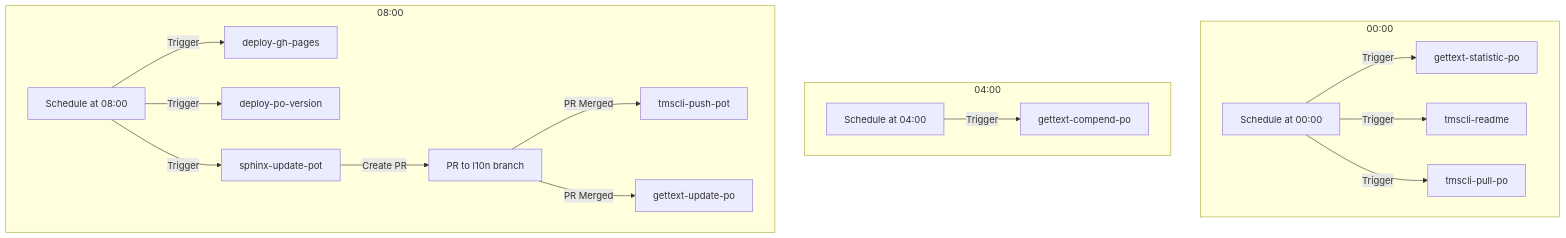
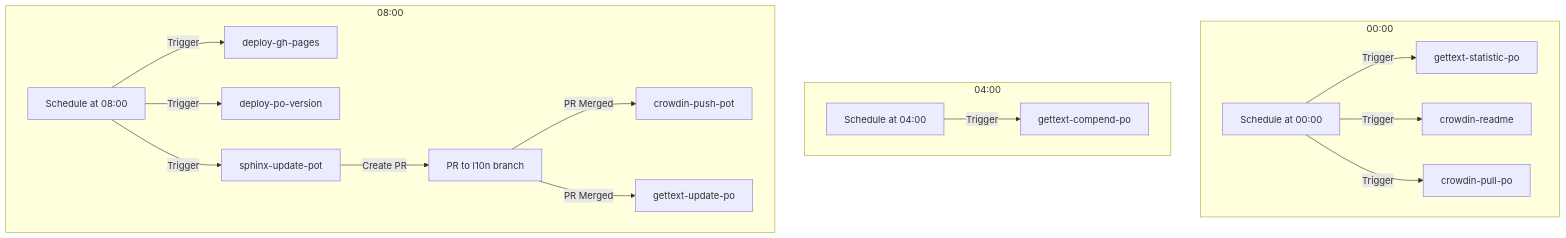
Before and after one commit to hwhsu1231/cmake-docs-l10n-v7: the second of 3 diagrams in MERMAID.md, drawn with Mermaid. The commit also changed other lines of this file and 8 other files, not shown here.

````diff
--- a/MERMAID.md
+++ b/MERMAID.md
@@ -24,22 +24,22 @@
 ```mermaid
 graph TD
     subgraph 00:00
         A[Schedule at 00:00] -->|Trigger| B[gettext-statistic-po]
-        A -->|Trigger| C[tmscli-readme]
-        A -->|Trigger| D[tmscli-pull-po]
+        A -->|Trigger| C[crowdin-readme]
+        A -->|Trigger| D[crowdin-pull-po]
     end
 
     subgraph 04:00
         E[Schedule at 04:00] -->|Trigger| F[gettext-compend-po]
     end
 
     subgraph 08:00
         G[Schedule at 08:00] -->|Trigger| H[deploy-gh-pages]
         G -->|Trigger| I[deploy-po-version]
         G -->|Trigger| J[sphinx-update-pot]
 
         J -->|Create PR| K[PR to l10n branch]
-        K -->|PR Merged| L[tmscli-push-pot]
+        K -->|PR Merged| L[crowdin-push-pot]
         K -->|PR Merged| M[gettext-update-po]
     end
 ```
````
